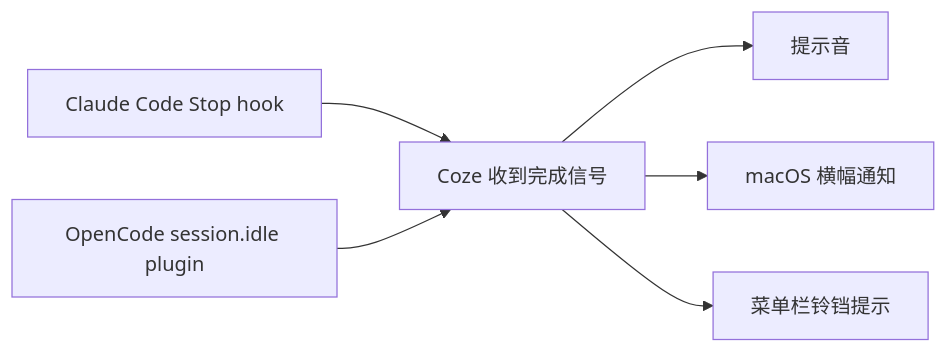
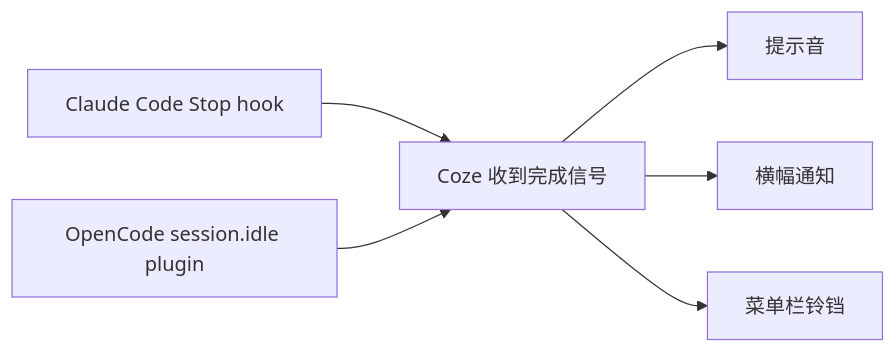
Before and after one commit to 52css/Coze: the second of 2 diagrams in README.md, drawn with Mermaid. The commit also changed other lines of this file and 12 other files, not shown here.

````diff
--- a/README.md
+++ b/README.md
@@ -32,8 +38,8 @@
 ```mermaid
 flowchart LR
     A[Claude Code Stop hook] --> C[Coze 收到完成信号]
     B[OpenCode session.idle plugin] --> C
     C --> D[提示音]
-    C --> E[macOS 横幅通知]
-    C --> F[菜单栏铃铛提示]
+    C --> E[横幅通知]
+    C --> F[菜单栏铃铛]
 ```
````
